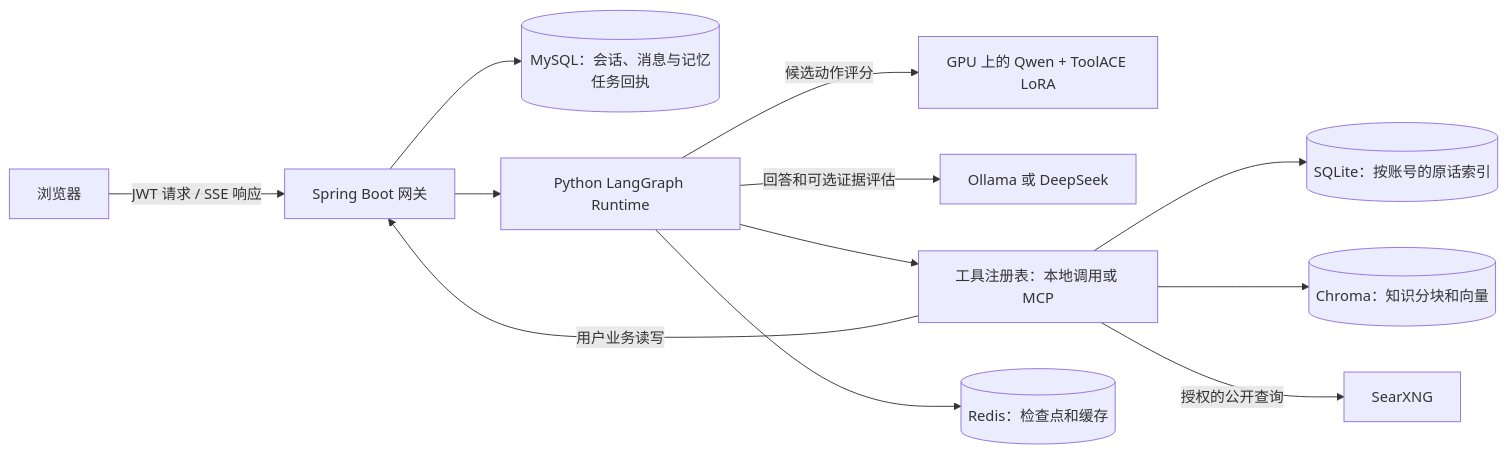
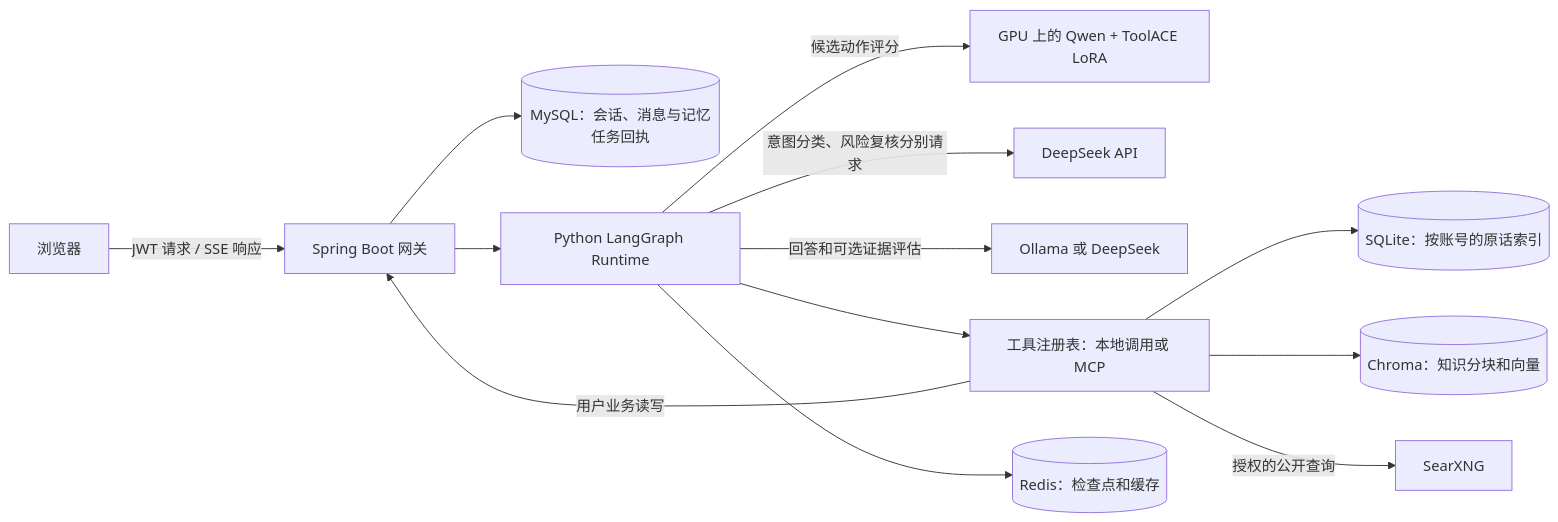
The first of 2 diagrams in docs/architecture.md (Vaniloo/psych-agent-engineering), drawn with Mermaid before and after one commit. The commit also changed other lines of this file and 23 other files, not shown here.

Commit message:
Use independent DeepSeek calls for intent and risk with rule fallbacks

````diff
--- a/docs/architecture.md
+++ b/docs/architecture.md
@@ -7,14 +7,15 @@
 ```mermaid
 flowchart LR
   UI[浏览器] -->|JWT 请求 / SSE 响应| J[Spring Boot 网关]
   J --> SQL[(MySQL：会话、消息与记忆任务回执)]
   J --> R[Python LangGraph Runtime]
   R -->|候选动作评分| Q[GPU 上的 Qwen + ToolACE LoRA]
+  R -->|意图分类、风险复核分别请求| DS[DeepSeek API]
   R -->|回答和可选证据评估| L[Ollama 或 DeepSeek]
   R --> T[工具注册表：本地调用或 MCP]
   R --> C[(Redis：检查点和缓存)]
   T -->|用户业务读写| J
   T --> M[(SQLite：按账号的原话索引)]
   T --> K[(Chroma：知识分块和向量)]
   T -->|授权的公开查询| S[SearXNG]
 ```
````
